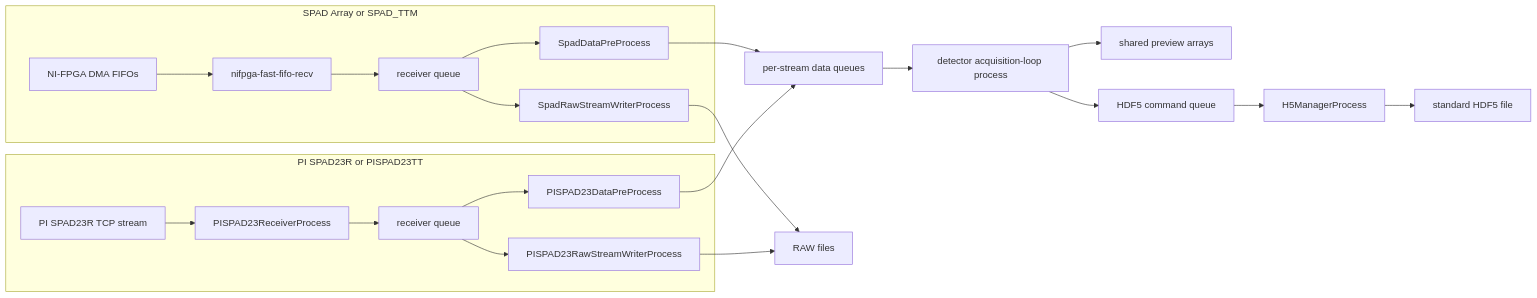
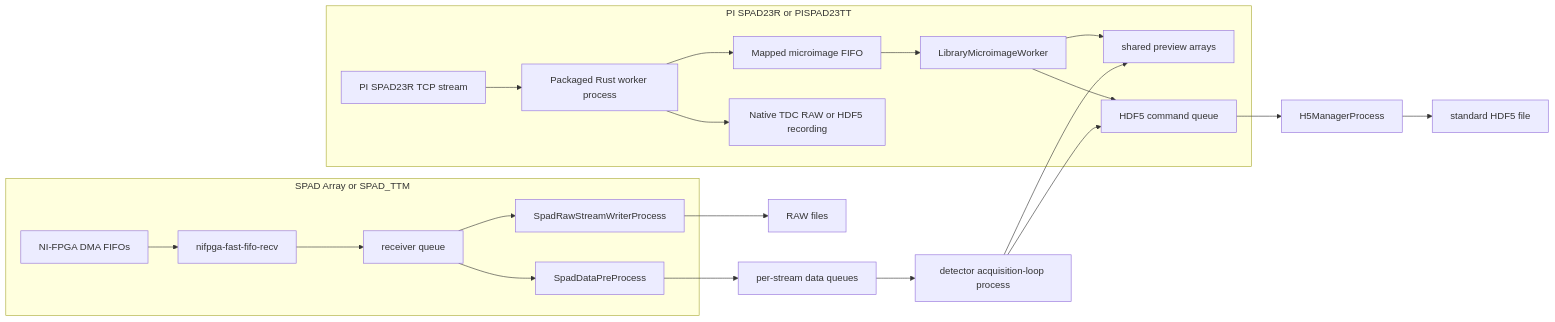
Before and after one commit to VicidominiLab/BrightEyes-MCS: the third of 3 diagrams in docs/current-architecture.md, drawn with Mermaid. The commit also changed other lines of this file and 21 other files, not shown here.

Commit message:
changed Rust pispad

````diff
--- a/docs/current-architecture.md
+++ b/docs/current-architecture.md
@@ -270,26 +270,26 @@
 ```mermaid
 flowchart LR
     subgraph SPAD_path[SPAD Array or SPAD_TTM]
         FPGAFIFO[NI-FPGA DMA FIFOs] --> RustReader[nifpga-fast-fifo-recv]
         RustReader --> FifoQueue[receiver queue]
         FifoQueue --> SpadPre[SpadDataPreProcess]
         FifoQueue --> SpadRaw[SpadRawStreamWriterProcess]
     end
 
     subgraph PISPAD23_path[PI SPAD23R or PISPAD23TT]
-        PISPAD23TCP[PI SPAD23R TCP stream] --> Receiver[PISPAD23ReceiverProcess]
-        Receiver --> PiQueue[receiver queue]
-        PiQueue --> PiPre[PISPAD23DataPreProcess]
-        PiQueue --> PiRaw[PISPAD23RawStreamWriterProcess]
+        PISPAD23TCP[PI SPAD23R TCP stream] --> PiRust[Packaged Rust worker process]
+        PiRust --> PiRing[Mapped microimage FIFO]
+        PiRust --> PiRecord[Native TDC RAW or HDF5 recording]
+        PiRing --> PiLoop[LibraryMicroimageWorker]
+        PiLoop --> SharedMem
+        PiLoop --> H5Queue
     end
 
     SpadPre --> DataQueues[per-stream data queues]
-    PiPre --> DataQueues
     DataQueues --> Loop[detector acquisition-loop process]
     Loop --> SharedMem[shared preview arrays]
     Loop --> H5Queue[HDF5 command queue]
     H5Queue --> H5Process[H5ManagerProcess]
     H5Process --> H5File[standard HDF5 file]
     SpadRaw --> RawFiles[RAW files]
-    PiRaw --> RawFiles
 ```
````
